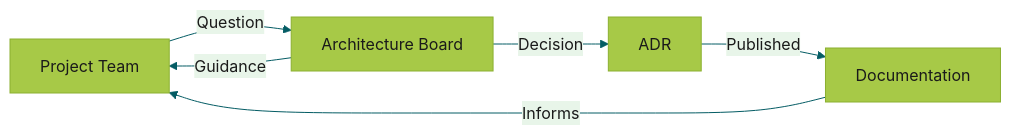
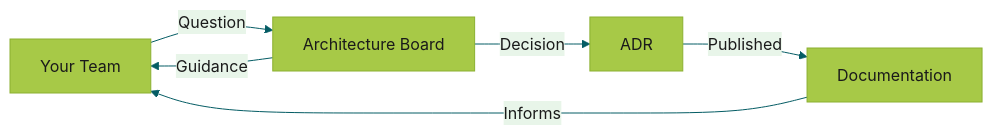
The diagram in docs/index.md (SciLifeLab/architecture), drawn with Mermaid before and after one commit. The commit also changed other lines of this file, not shown here.

````diff
--- a/docs/index.md
+++ b/docs/index.md
@@ -19,9 +24,9 @@
 ```mermaid
 %%{init: {'theme': 'base', 'themeVariables': { 'primaryColor': '#a7c947', 'primaryTextColor': '#1a1a1a', 'primaryBorderColor': '#8bb030', 'lineColor': '#045c64', 'secondaryColor': '#e8f5e9', 'tertiaryColor': '#f5f5f5', 'fontFamily': 'Open Sans'}}}%%
 graph LR
-    A[Project Team] -->|Question| B[Architecture Board]
+    A[Your Team] -->|Question| B[Architecture Board]
     B -->|Guidance| A
     B -->|Decision| C[ADR]
     C -->|Published| D[Documentation]
     D -->|Informs| A
 ```
````
